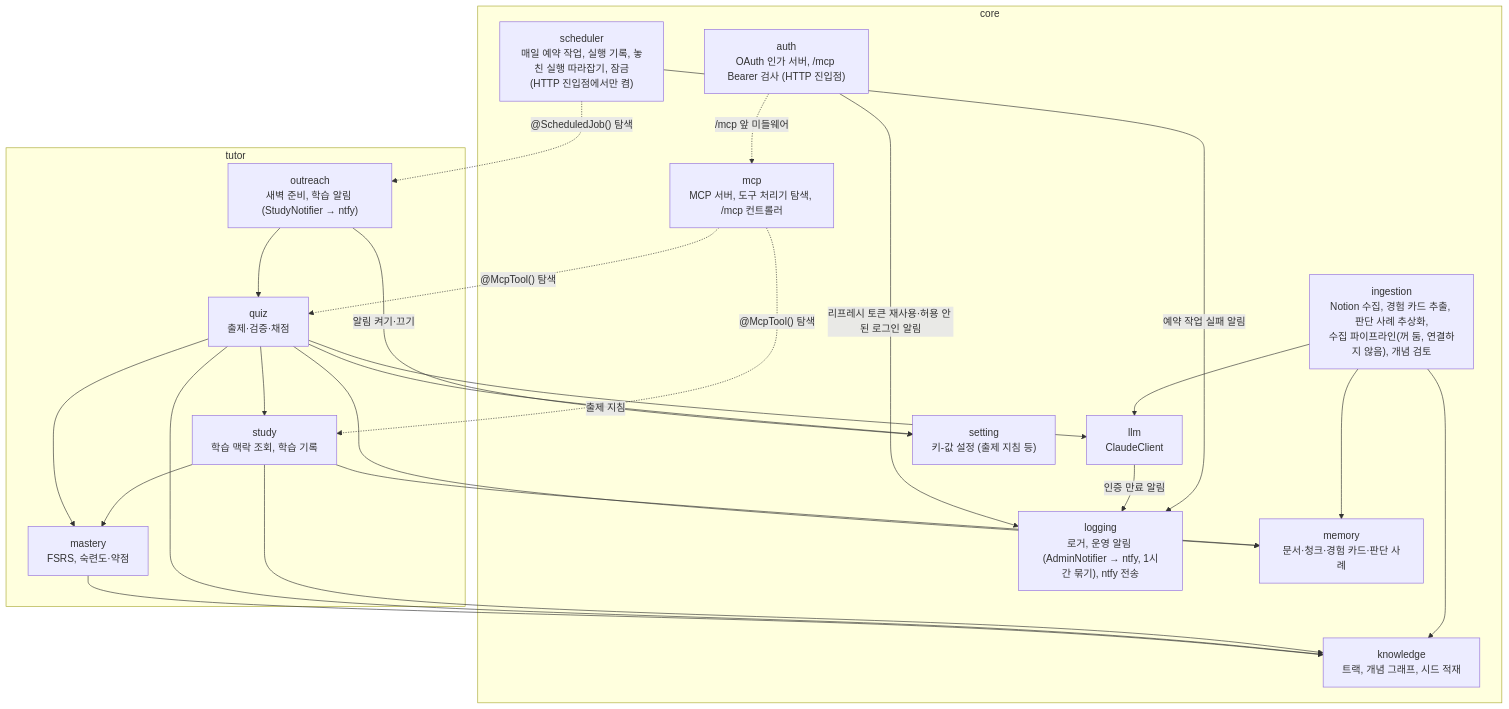
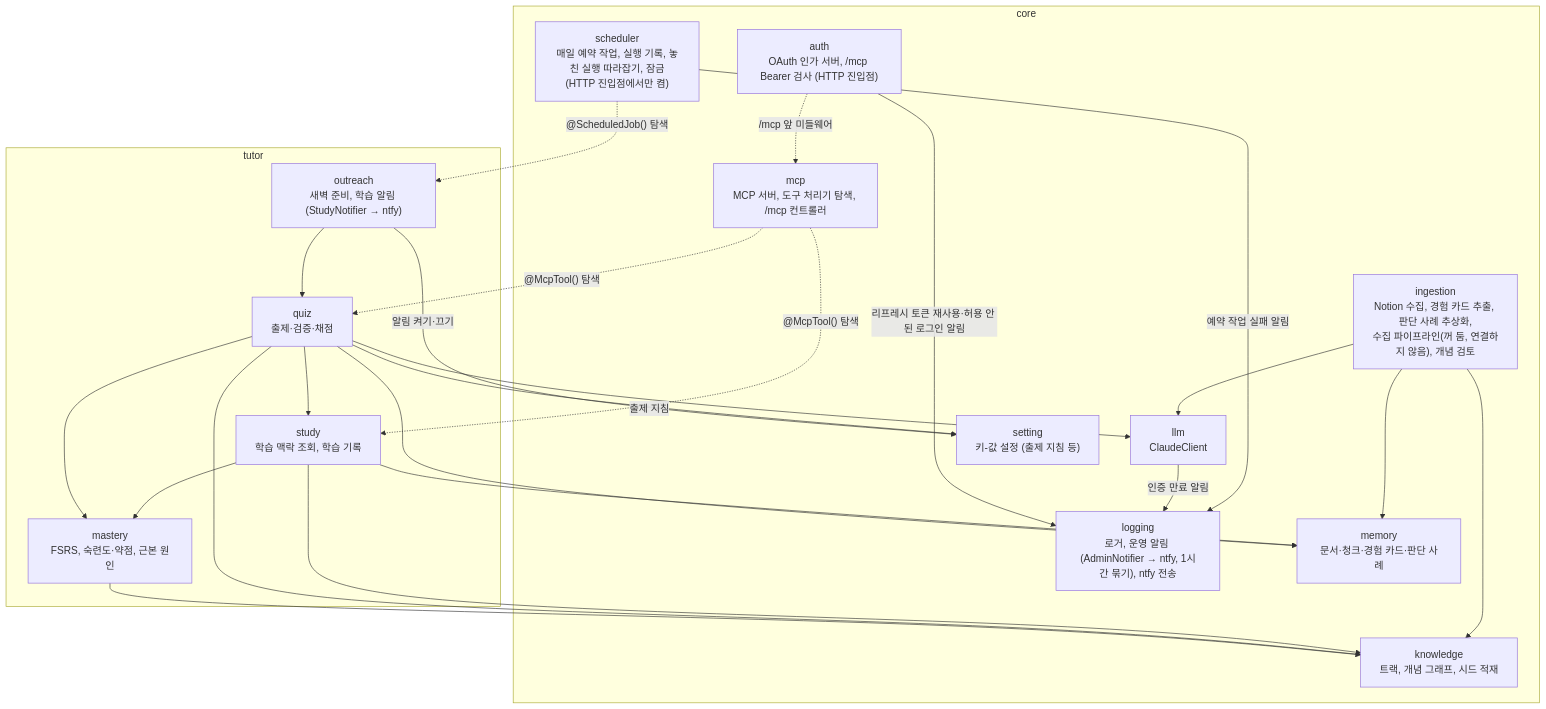
Before and after one commit to Wonchang0314/growth-assistant: the diagram in docs/architecture/c4-3-component.md, drawn with Mermaid. The commit also changed other lines of this file and 21 other files, not shown here.

````diff
--- a/docs/architecture/c4-3-component.md
+++ b/docs/architecture/c4-3-component.md
@@ -5,48 +5,48 @@
 ```mermaid
 flowchart TB
     subgraph core
         mcp["mcp<br/>MCP 서버, 도구 처리기 탐색, /mcp 컨트롤러"]
         auth["auth<br/>OAuth 인가 서버, /mcp Bearer 검사 (HTTP 진입점)"]
         llm["llm<br/>ClaudeClient"]
         logging["logging<br/>로거, 운영 알림 (AdminNotifier → ntfy, 1시간 묶기), ntfy 전송"]
         memory["memory<br/>문서·청크·경험 카드·판단 사례"]
         knowledge["knowledge<br/>트랙, 개념 그래프, 시드 적재"]
         ingestion["ingestion<br/>Notion 수집, 경험 카드 추출, 판단 사례 추상화,<br/>수집 파이프라인(꺼 둠, 연결하지 않음), 개념 검토"]
         scheduler["scheduler<br/>매일 예약 작업, 실행 기록, 놓친 실행 따라잡기, 잠금<br/>(HTTP 진입점에서만 켬)"]
         setting["setting<br/>키-값 설정 (출제 지침 등)"]
     end
 
     subgraph tutor
         study["study<br/>학습 맥락 조회, 학습 기록"]
         quiz["quiz<br/>출제·검증·채점"]
-        mastery["mastery<br/>FSRS, 숙련도·약점"]
+        mastery["mastery<br/>FSRS, 숙련도·약점, 근본 원인"]
         outreach["outreach<br/>새벽 준비, 학습 알림 (StudyNotifier → ntfy)"]
     end
 
     mcp -.->|"@McpTool() 탐색"| study
     mcp -.->|"@McpTool() 탐색"| quiz
     scheduler -.->|"@ScheduledJob() 탐색"| outreach
     scheduler -->|"예약 작업 실패 알림"| logging
     llm -->|"인증 만료 알림"| logging
     auth -->|"리프레시 토큰 재사용·허용 안 된 로그인 알림"| logging
     auth -.->|"/mcp 앞 미들웨어"| mcp
     quiz -->|"출제 지침"| setting
 
     ingestion --> llm
     ingestion --> memory
     ingestion --> knowledge
 
     study --> memory
     study --> knowledge
     study --> mastery
 
     quiz --> llm
     quiz --> mastery
     quiz --> memory
     quiz --> knowledge
     quiz --> study
 
     mastery --> knowledge
     outreach --> quiz
     outreach -->|"알림 켜기·끄기"| setting
 ```
````
